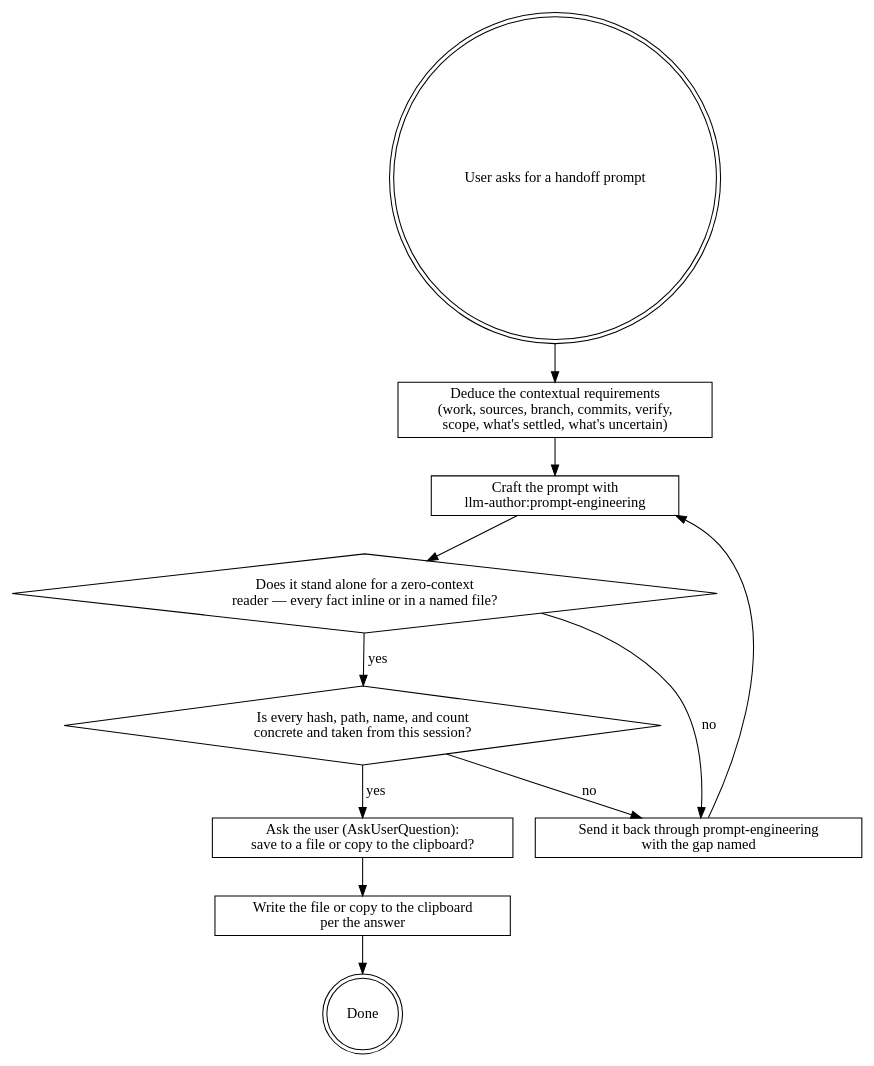
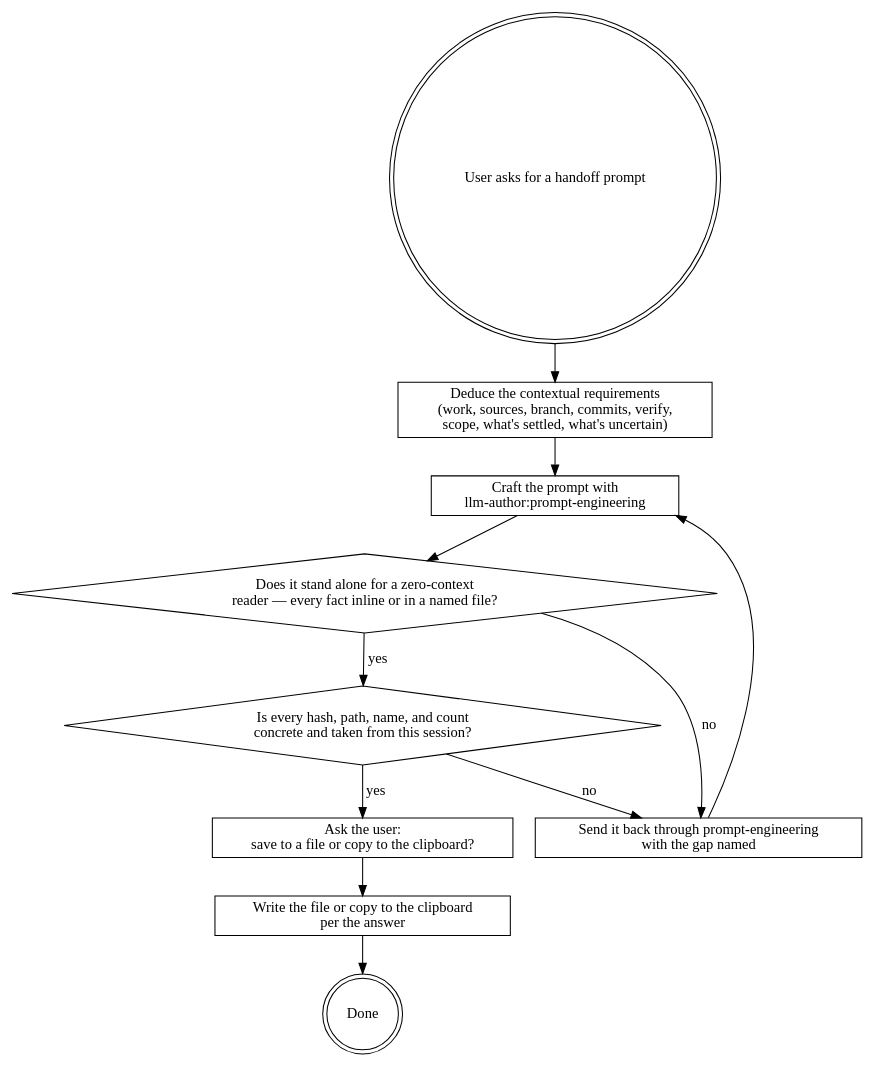
The diagram in plugins/llm-author/skills/writing-handoff-prompts/SKILL.md (it-bens/ai-tools), drawn with Graphviz before and after one commit. The commit also changed other lines of this file and 74 other files, not shown here.

````diff
--- a/plugins/llm-author/skills/writing-handoff-prompts/SKILL.md
+++ b/plugins/llm-author/skills/writing-handoff-prompts/SKILL.md
@@ -14,21 +14,21 @@
 ```dot
 digraph handoff {
   start    [shape=doublecircle, label="User asks for a handoff prompt"];
   deduce   [shape=box, label="Deduce the contextual requirements\n(work, sources, branch, commits, verify,\nscope, what's settled, what's uncertain)"];
   craft    [shape=box, label="Craft the prompt with\nllm-author:prompt-engineering"];
   ctx      [shape=diamond, label="Does it stand alone for a zero-context\nreader — every fact inline or in a named file?"];
   val      [shape=diamond, label="Is every hash, path, name, and count\nconcrete and taken from this session?"];
   fix      [shape=box, label="Send it back through prompt-engineering\nwith the gap named"];
-  ask      [shape=box, label="Ask the user (AskUserQuestion):\nsave to a file or copy to the clipboard?"];
+  ask      [shape=box, label="Ask the user:\nsave to a file or copy to the clipboard?"];
   deliver  [shape=box, label="Write the file or copy to the clipboard\nper the answer"];
   done     [shape=doublecircle, label="Done"];
 
   start -> deduce -> craft -> ctx;
   ctx -> fix [label="no"];
   fix -> craft;
   ctx -> val [label="yes"];
   val -> fix [label="no"];
   val -> ask [label="yes"];
   ask -> deliver -> done;
 }
 ```
````
